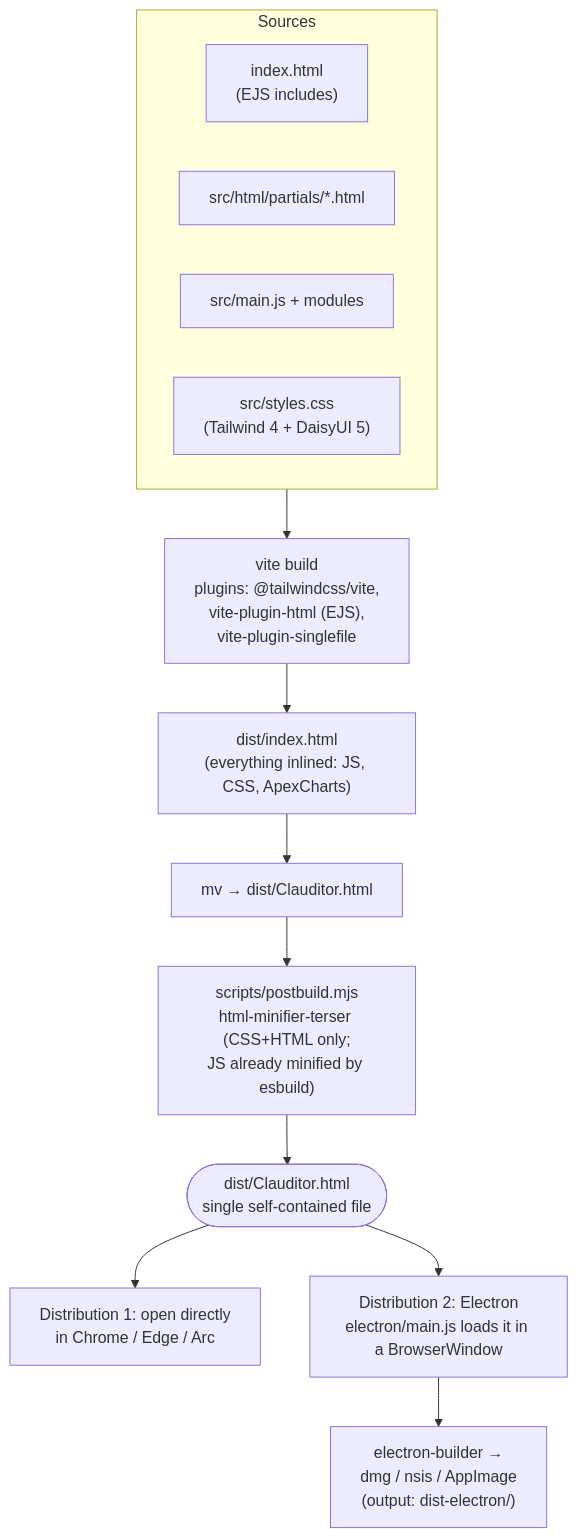
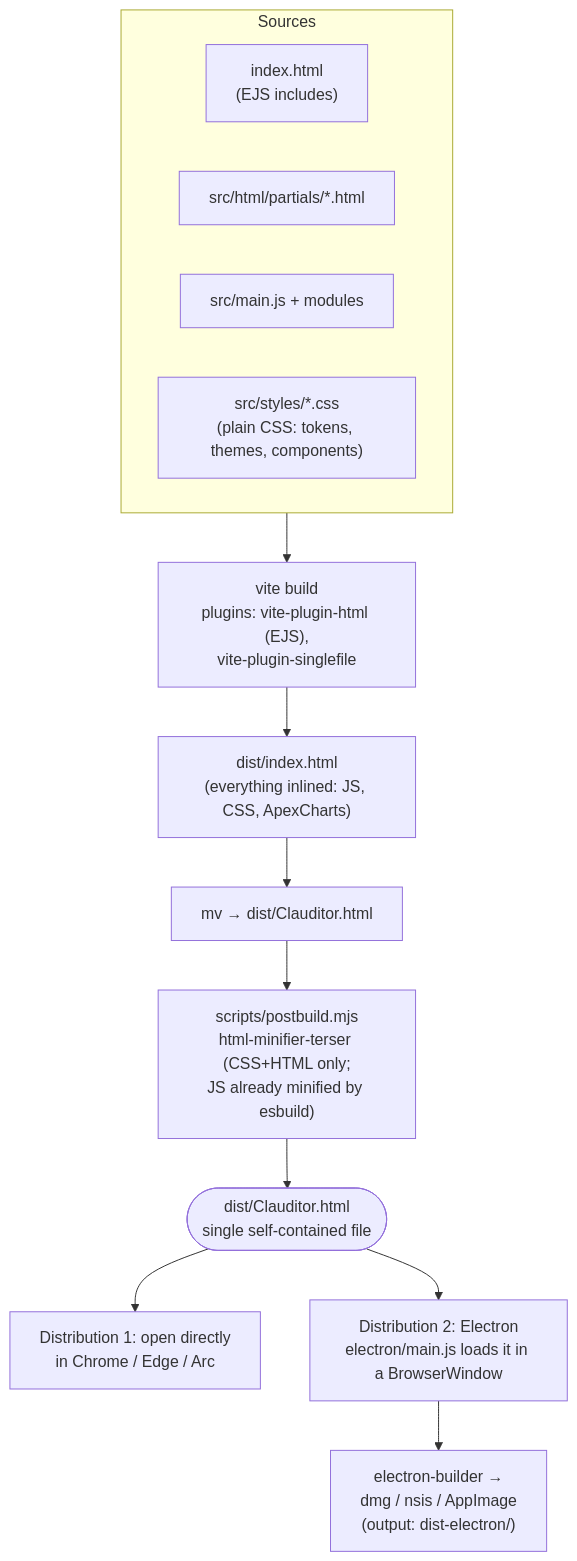
Before and after one commit to Procisz/clauditor: the fifth of 5 diagrams in ARCHITECTURE.md, drawn with Mermaid. The commit also changed other lines of this file and 148 other files, not shown here.

````diff
--- a/ARCHITECTURE.md
+++ b/ARCHITECTURE.md
@@ -147,19 +178,19 @@
 ```mermaid
 flowchart TD
     subgraph sources["Sources"]
         idx["index.html<br/>(EJS includes)"]
         partials["src/html/partials/*.html"]
         js["src/main.js + modules"]
-        css["src/styles.css<br/>(Tailwind 4 + DaisyUI 5)"]
+        css["src/styles/*.css<br/>(plain CSS: tokens, themes, components)"]
     end
 
-    sources --> vite["vite build<br/>plugins: @tailwindcss/vite,<br/>vite-plugin-html (EJS),<br/>vite-plugin-singlefile"]
+    sources --> vite["vite build<br/>plugins: vite-plugin-html (EJS),<br/>vite-plugin-singlefile"]
     vite --> one["dist/index.html<br/>(everything inlined: JS, CSS, ApexCharts)"]
     one --> mv["mv → dist/Clauditor.html"]
     mv --> post["scripts/postbuild.mjs<br/>html-minifier-terser (CSS+HTML only;<br/>JS already minified by esbuild)"]
     post --> artifact(["dist/Clauditor.html<br/>single self-contained file"])
 
     artifact --> browser["Distribution 1: open directly<br/>in Chrome / Edge / Arc"]
     artifact --> electron["Distribution 2: Electron<br/>electron/main.js loads it in a BrowserWindow"]
     electron --> builder["electron-builder →<br/>dmg / nsis / AppImage<br/>(output: dist-electron/)"]
 ```
````
